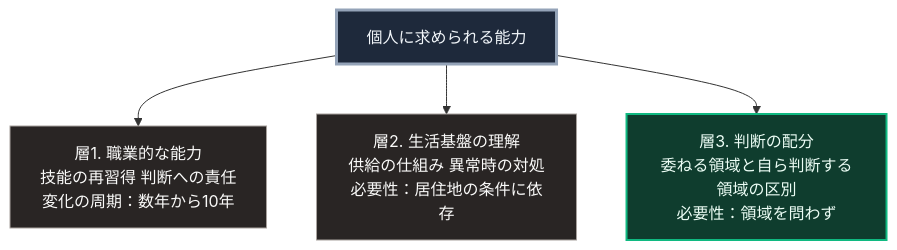
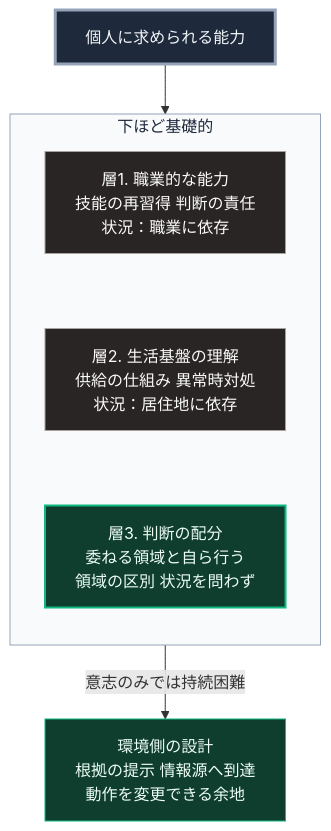
One commit to Takenori-Kusaka/zenn-content changed the diagram in books/sovereign-resilience-blueprint/implication-individual.md. Above: the diagram before and after it, drawn with Mermaid. The commit also changed other lines of this file and 114 other files, not shown here.

````diff
--- a/books/sovereign-resilience-blueprint/implication-individual.md
+++ b/books/sovereign-resilience-blueprint/implication-individual.md
@@ -75,13 +75,18 @@
 ```mermaid
 flowchart TD
     P[個人に求められる能力]
-
-    P --> A1[層1. 職業的な能力<br>技能の再習得 判断への責任<br>変化の周期：数年から10年]
-    P --> A2[層2. 生活基盤の理解<br>供給の仕組み 異常時の対処<br>必要性：居住地の条件に依存]
-    P --> A3[層3. 判断の配分<br>委ねる領域と自ら判断する領域の区別<br>必要性：領域を問わず]
+    subgraph G[下ほど基礎的]
+        direction TB
+        A1[層1. 職業的な能力<br>技能の再習得 判断の責任<br>状況：職業に依存] ~~~ A2[層2. 生活基盤の理解<br>供給の仕組み 異常時対処<br>状況：居住地に依存]
+        A2 ~~~ A3[層3. 判断の配分<br>委ねる領域と自ら行う<br>領域の区別 状況を問わず]
+    end
+    P --> G
+    A3 -->|意志のみでは持続困難| D[環境側の設計<br>根拠の提示 情報源へ到達<br>動作を変更できる余地]
 
     style P fill:#1e293b,stroke:#94a3b8,stroke-width:3px,color:#f1f5f9
+    style G fill:#f8fafc,stroke:#94a3b8,color:#1e293b
     style A1 fill:#292524,stroke:#a8a29e,color:#fafaf9
     style A2 fill:#292524,stroke:#a8a29e,color:#fafaf9
     style A3 fill:#0f3d2e,stroke:#10b981,stroke-width:2px,color:#ecfdf5
+    style D fill:#0f3d2e,stroke:#10b981,color:#ecfdf5
 ```
````
